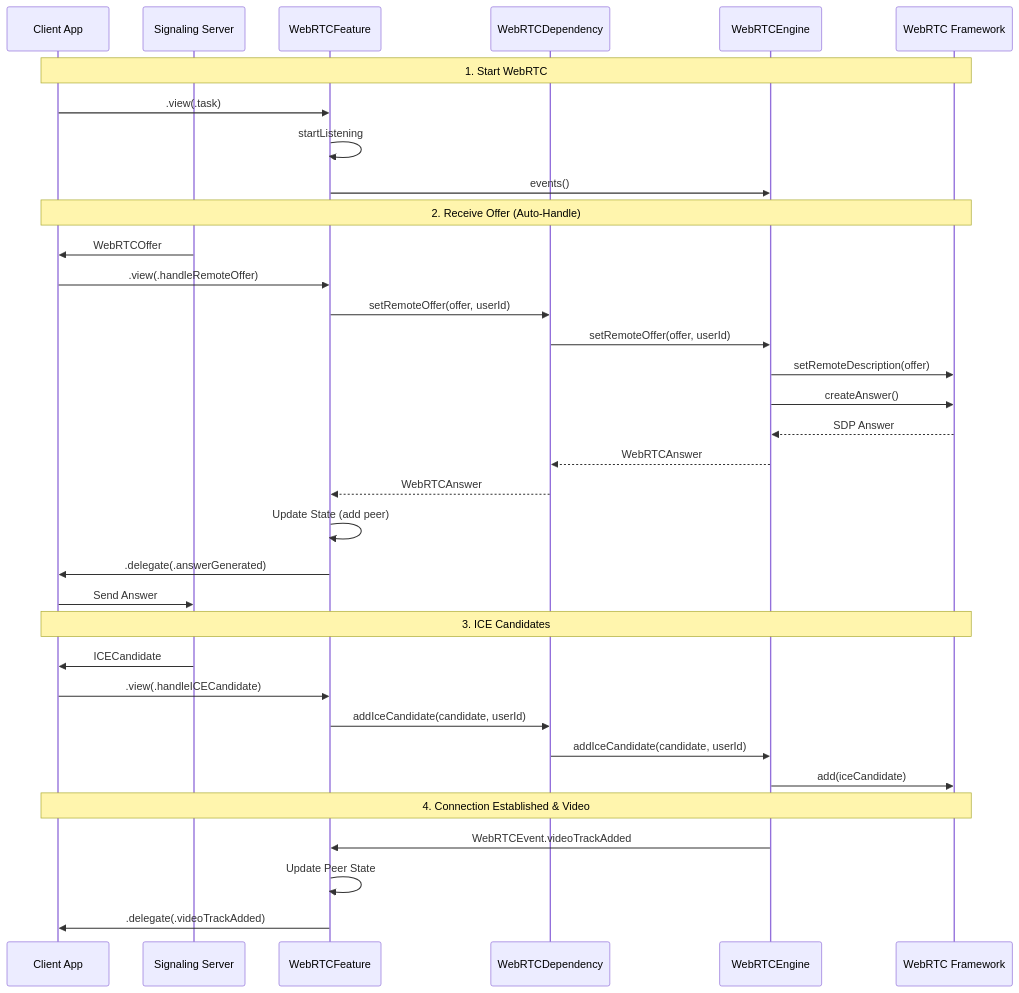
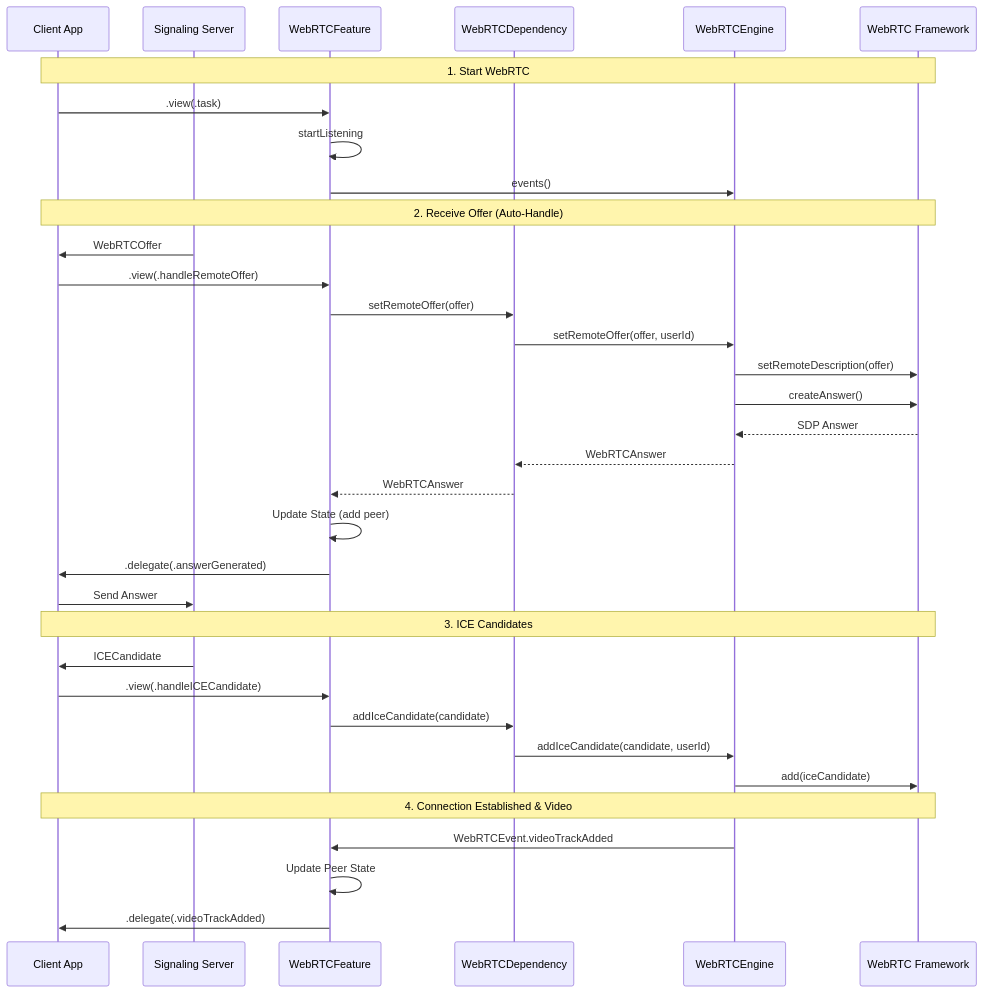
One commit to Paintjed/WebRTCCore changed the second of 2 diagrams in README.md. Above: the diagram before and after it, drawn with Mermaid. The commit also changed other lines of this file, not shown here.

````diff
--- a/README.md
+++ b/README.md
@@ -318,40 +322,40 @@
 ```mermaid
 sequenceDiagram
     participant App as Client App
     participant Sig as Signaling Server
     participant F as WebRTCFeature
     participant D as WebRTCDependency
     participant E as WebRTCEngine
     participant W as WebRTC Framework
     
     Note over App,W: 1. Start WebRTC
     App->>F: .view(.task)
     F->>F: startListening
     F->>E: events()
     
     Note over App,W: 2. Receive Offer (Auto-Handle)
     Sig->>App: WebRTCOffer
     App->>F: .view(.handleRemoteOffer)
-    F->>D: setRemoteOffer(offer, userId)
+    F->>D: setRemoteOffer(offer)
     D->>E: setRemoteOffer(offer, userId)
     E->>W: setRemoteDescription(offer)
     E->>W: createAnswer()
     W-->>E: SDP Answer
     E-->>D: WebRTCAnswer
     D-->>F: WebRTCAnswer
     F->>F: Update State (add peer)
     F->>App: .delegate(.answerGenerated)
     App->>Sig: Send Answer
     
     Note over App,W: 3. ICE Candidates
     Sig->>App: ICECandidate
     App->>F: .view(.handleICECandidate)
-    F->>D: addIceCandidate(candidate, userId)
+    F->>D: addIceCandidate(candidate)
     D->>E: addIceCandidate(candidate, userId)
     E->>W: add(iceCandidate)
     
     Note over App,W: 4. Connection Established & Video
     E->>F: WebRTCEvent.videoTrackAdded
     F->>F: Update Peer State
     F->>App: .delegate(.videoTrackAdded)
 ```
````
